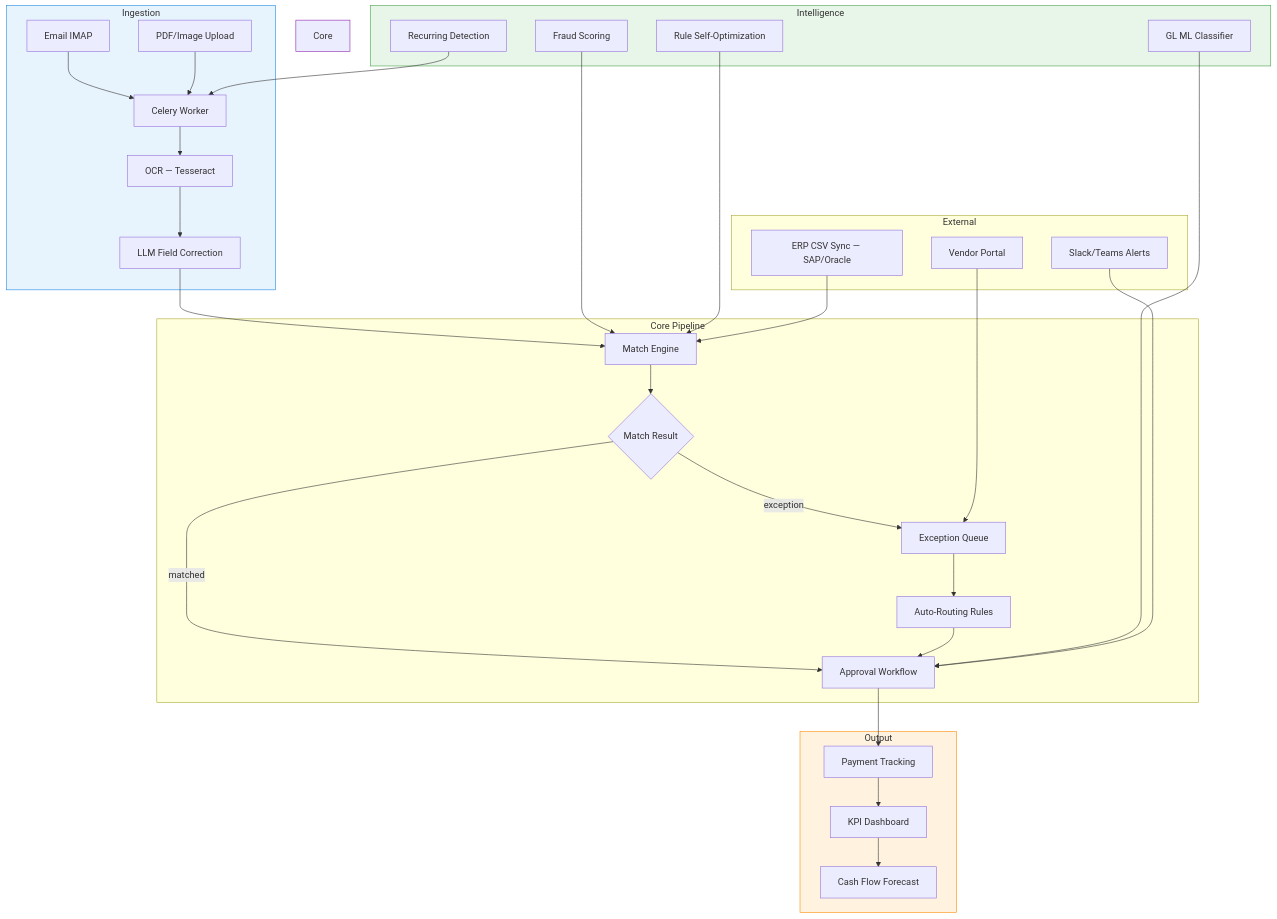
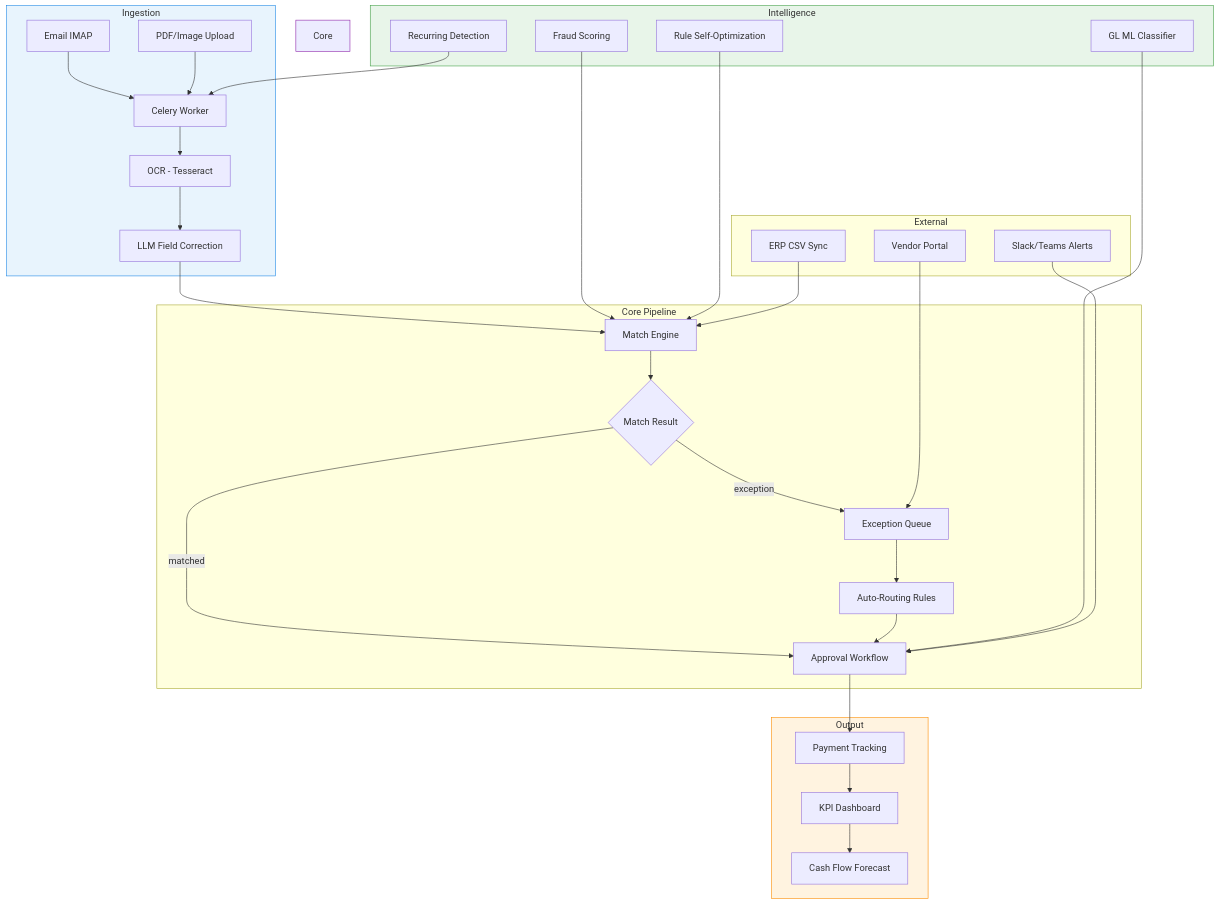
Before and after one commit to shenxingy/ai-ap-manager: the diagram in README.md, drawn with Mermaid. The commit also changed other lines of this file and 2 other files, not shown here.

````diff
--- a/README.md
+++ b/README.md
@@ -55,42 +115,42 @@
 ```mermaid
 graph TB
     subgraph Ingestion
         A[Email IMAP] --> C[Celery Worker]
         B[PDF/Image Upload] --> C
-        C --> D[OCR — Tesseract]
+        C --> D[OCR - Tesseract]
         D --> E[LLM Field Correction]
     end
 
     subgraph Core Pipeline
         E --> F[Match Engine]
         F --> G{Match Result}
         G -->|matched| H[Approval Workflow]
         G -->|exception| I[Exception Queue]
         I --> J[Auto-Routing Rules]
         J --> H
     end
 
     subgraph Intelligence
         K[GL ML Classifier] --> H
         L[Fraud Scoring] --> F
         M[Rule Self-Optimization] --> F
         N[Recurring Detection] --> C
     end
 
     subgraph Output
         H --> O[Payment Tracking]
         O --> P[KPI Dashboard]
         P --> Q[Cash Flow Forecast]
     end
 
     subgraph External
         R[Vendor Portal] --> I
-        S[ERP CSV Sync — SAP/Oracle] --> F
+        S[ERP CSV Sync] --> F
         T[Slack/Teams Alerts] --> H
     end
 
     style Ingestion fill:#e8f4fd,stroke:#1e88e5
     style Core Pipeline fill:#f3e5f5,stroke:#8e24aa
     style Intelligence fill:#e8f5e9,stroke:#43a047
     style Output fill:#fff3e0,stroke:#fb8c00
 ```
````
